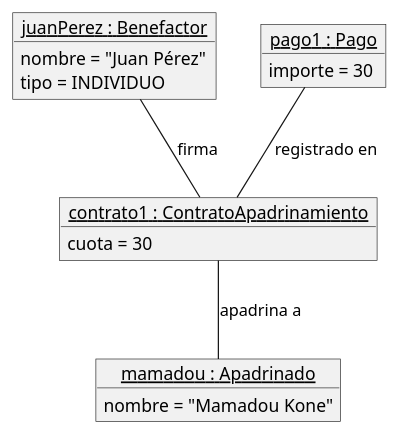
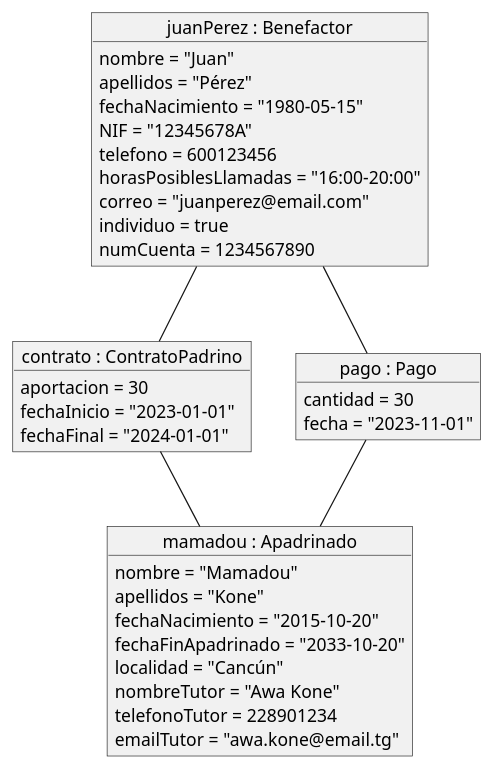
The diagram in escenarios/escenario1.puml (albporfer1-64/Grupo_Proyecto_DB), drawn with PlantUML before and after one commit.

Commit message:
Completar datos de cada clase de escenario1.puml

```diff
--- a/escenarios/escenario1.puml
+++ b/escenarios/escenario1.puml
@@ -1,22 +1,37 @@
 @startuml
-object "<u>juanPerez : Benefactor</u>" as juanPerez {
-  nombre = "Juan Pérez"
-  tipo = INDIVIDUO
+object "juanPerez : Benefactor" as juanPerez {
+  nombre = "Juan"
+  apellidos = "Pérez"
+  fechaNacimiento = "1980-05-15"
+  NIF = "12345678A"
+  telefono = 600123456
+  horasPosiblesLlamadas = "16:00-20:00"
+  correo = "juanperez@email.com"
+  individuo = true
+  numCuenta = 1234567890
+}
+object "mamadou : Apadrinado" as mamadou {
+  nombre = "Mamadou"
+  apellidos = "Kone"
+  fechaNacimiento = "2015-10-20"
+  fechaFinApadrinado = "2033-10-20"
+  localidad = "Cancún"
+  nombreTutor = "Awa Kone"
+  telefonoTutor = 228901234
+  emailTutor = "awa.kone@email.tg"
+}
+object "contrato : ContratoPadrino" as contrato {
+  aportacion = 30
+  fechaInicio = "2023-01-01"
+  fechaFinal = "2024-01-01"
+}
+object "pago : Pago" as pago {
+  cantidad = 30
+  fecha = "2023-11-01"
 }
 
-object "<u>mamadou : Apadrinado</u>" as mamadou {
-  nombre = "Mamadou Kone"
-}
-
-object "<u>contrato1 : ContratoApadrinamiento</u>" as contrato1 {
-  cuota = 30
-}
-
-object "<u>pago1 : Pago</u>" as pago1 {
-  importe = 30
-}
-
-juanPerez -- contrato1 : firma
-contrato1 -- mamadou : apadrina a
-pago1 -- contrato1 : registrado en
+juanPerez -- contrato
+contrato -- mamadou
+juanPerez -- pago
+pago -- mamadou
 @enduml
```
